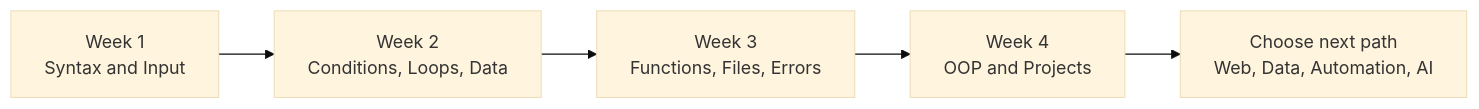
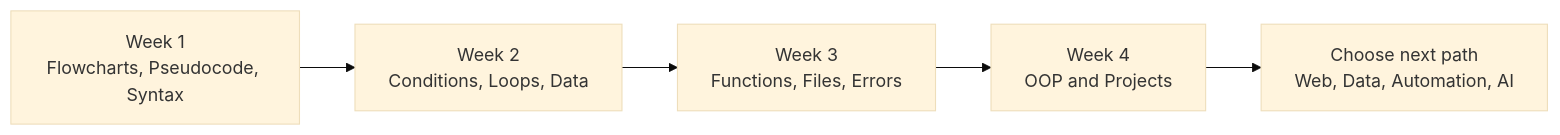
One commit to tantaihaha4487/python101 changed the diagram in docs/en/roadmap.md. Above: the diagram before and after it, drawn with Mermaid (base theme). The commit also changed other lines of this file and 9 other files, not shown here.

````diff
--- a/docs/en/roadmap.md
+++ b/docs/en/roadmap.md
@@ -7,7 +7,7 @@
 ```mermaid
 flowchart LR
-  A["Week 1<br/>Syntax and Input"] --> B["Week 2<br/>Conditions, Loops, Data"]
+  A["Week 1<br/>Flowcharts, Pseudocode, Syntax"] --> B["Week 2<br/>Conditions, Loops, Data"]
   B --> C["Week 3<br/>Functions, Files, Errors"]
   C --> D["Week 4<br/>OOP and Projects"]
   D --> E["Choose next path<br/>Web, Data, Automation, AI"]
 ```
````
